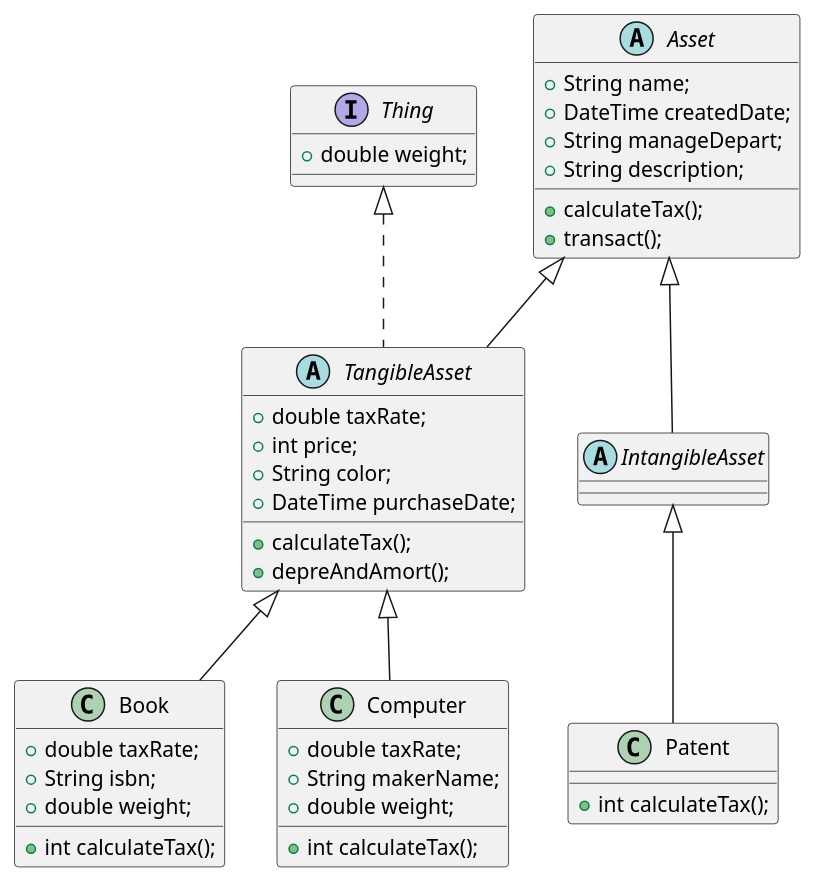
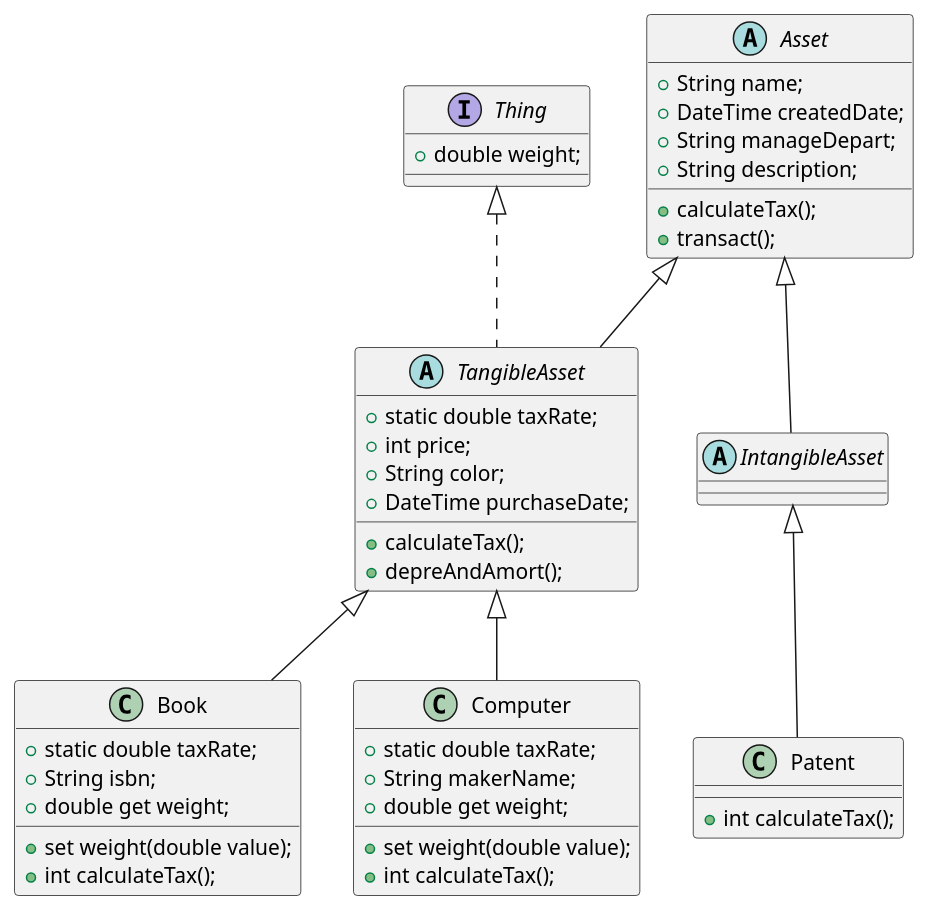
Before and after one commit to okstring/modu-3-dart-study: the diagram in lib/2025-03-19/daily_uml.puml, drawn with PlantUML. The commit also changed 1 other file, not shown here.

Commit message:
write: UML 수정

```diff
--- a/lib/2025-03-19/daily_uml.puml
+++ b/lib/2025-03-19/daily_uml.puml
@@ -1,46 +1,47 @@
 @startuml
 
 abstract class Asset {
   + String name;
   + DateTime createdDate;
   + String manageDepart;
   + String description;
   + calculateTax();
   + transact();
 }
 
 interface Thing {
   + double weight;
 }
 
 abstract class TangibleAsset extends Asset implements Thing {
-  + double taxRate;
+  + static double taxRate;
   + int price;
   + String color;
   + DateTime purchaseDate;
   + calculateTax();
   + depreAndAmort();
 }
 
 class Book extends TangibleAsset {
-  + double taxRate;
+  + static double taxRate;
   + String isbn;
-  + double weight;
+  + double get weight;
+  + set weight(double value);
   + int calculateTax();
 }
 
 class Computer extends TangibleAsset {
-  + double taxRate;
+  + static double taxRate;
   + String makerName;
-  + double weight;
-
+  + double get weight;
+  + set weight(double value);
   + int calculateTax();
 }
 
 abstract class IntangibleAsset extends Asset { }
 
 class Patent extends IntangibleAsset {
   + int calculateTax();
  }
 
 @enduml
```
